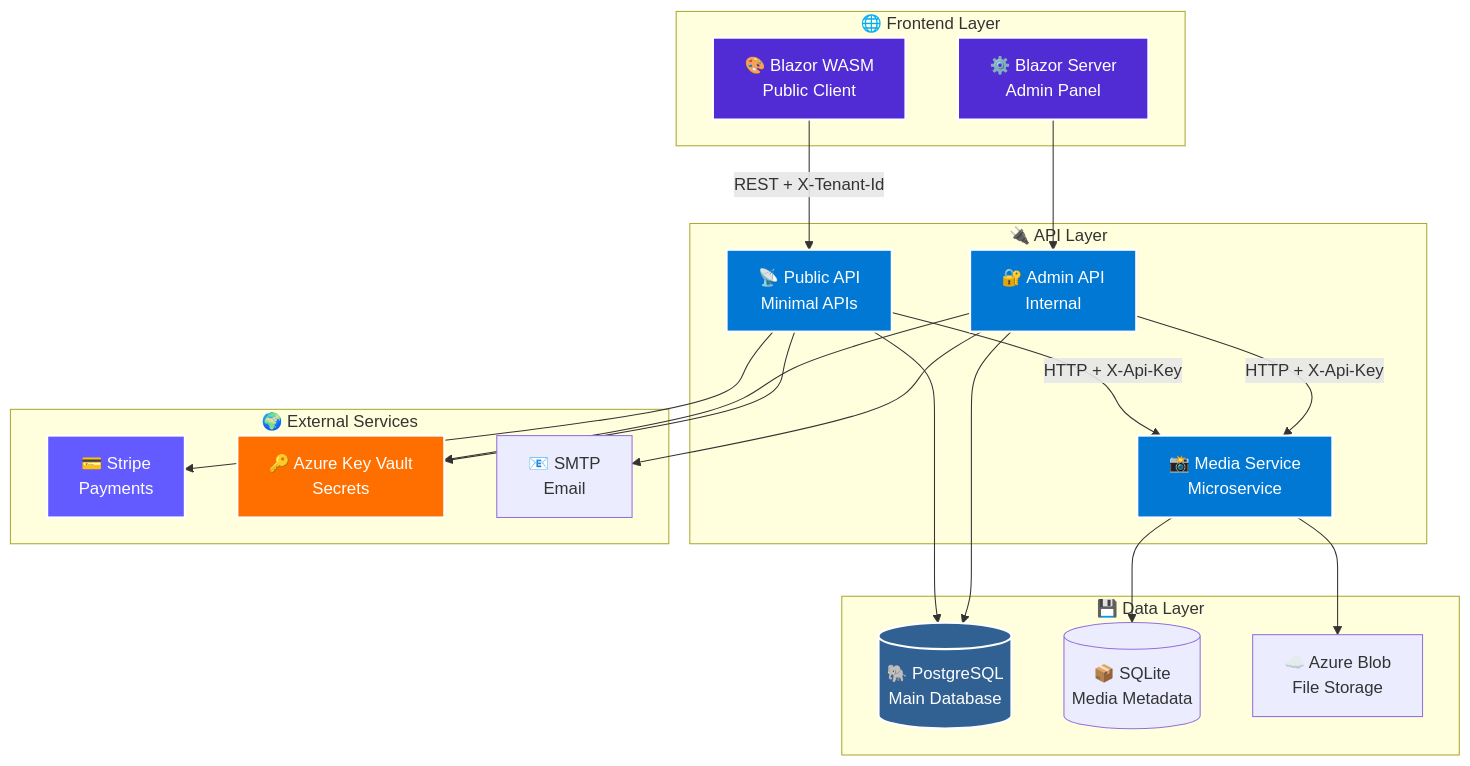
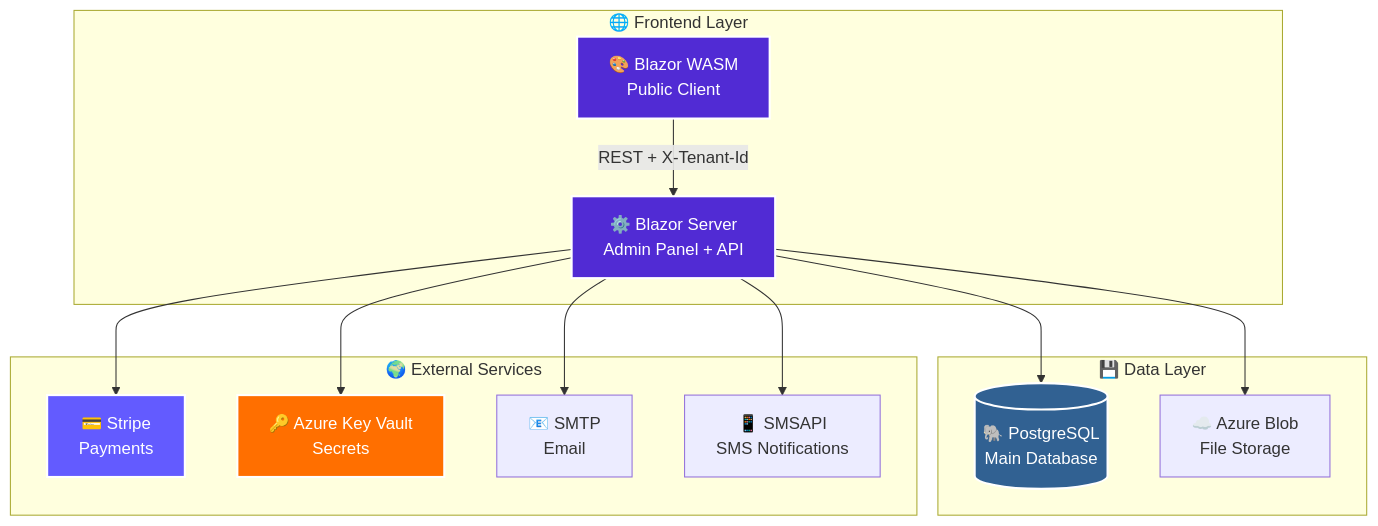
The diagram in README.md (DamianTarnowski/SportRental), drawn with Mermaid before and after one commit. The commit also changed other lines of this file and 64 other files, not shown here.

````diff
--- a/README.md
+++ b/README.md
@@ -95,47 +95,33 @@
 ```mermaid
 flowchart TB
     subgraph Client["🌐 Frontend Layer"]
         WASM["🎨 Blazor WASM<br/>Public Client"]
-        Admin["⚙️ Blazor Server<br/>Admin Panel"]
-    end
-    
-    subgraph API["🔌 API Layer"]
-        PublicAPI["📡 Public API<br/>Minimal APIs"]
-        AdminAPI["🔐 Admin API<br/>Internal"]
-        MediaAPI["📸 Media Service<br/>Microservice"]
+        Admin["⚙️ Blazor Server<br/>Admin Panel + API"]
     end
     
     subgraph Data["💾 Data Layer"]
         PostgreSQL[("🐘 PostgreSQL<br/>Main Database")]
-        SQLite[("📦 SQLite<br/>Media Metadata")]
         Blob["☁️ Azure Blob<br/>File Storage"]
     end
     
     subgraph External["🌍 External Services"]
         Stripe["💳 Stripe<br/>Payments"]
         KeyVault["🔑 Azure Key Vault<br/>Secrets"]
         SMTP["📧 SMTP<br/>Email"]
+        SMSAPI["📱 SMSAPI<br/>SMS Notifications"]
     end
     
-    WASM -->|REST + X-Tenant-Id| PublicAPI
-    Admin --> AdminAPI
-    PublicAPI --> PostgreSQL
-    AdminAPI --> PostgreSQL
-    PublicAPI -->|HTTP + X-Api-Key| MediaAPI
-    AdminAPI -->|HTTP + X-Api-Key| MediaAPI
-    MediaAPI --> SQLite
-    MediaAPI --> Blob
-    PublicAPI --> Stripe
-    AdminAPI --> KeyVault
-    PublicAPI --> KeyVault
-    AdminAPI --> SMTP
+    WASM -->|REST + X-Tenant-Id| Admin
+    Admin --> PostgreSQL
+    Admin --> Blob
+    Admin --> Stripe
+    Admin --> KeyVault
+    Admin --> SMTP
+    Admin --> SMSAPI
     
     style WASM fill:#512BD4,stroke:#fff,stroke-width:2px,color:#fff
     style Admin fill:#512BD4,stroke:#fff,stroke-width:2px,color:#fff
-    style PublicAPI fill:#0078D4,stroke:#fff,stroke-width:2px,color:#fff
-    style AdminAPI fill:#0078D4,stroke:#fff,stroke-width:2px,color:#fff
-    style MediaAPI fill:#0078D4,stroke:#fff,stroke-width:2px,color:#fff
     style PostgreSQL fill:#316192,stroke:#fff,stroke-width:2px,color:#fff
     style Stripe fill:#635BFF,stroke:#fff,stroke-width:2px,color:#fff
     style KeyVault fill:#FF6F00,stroke:#fff,stroke-width:2px,color:#fff
 ```
````
